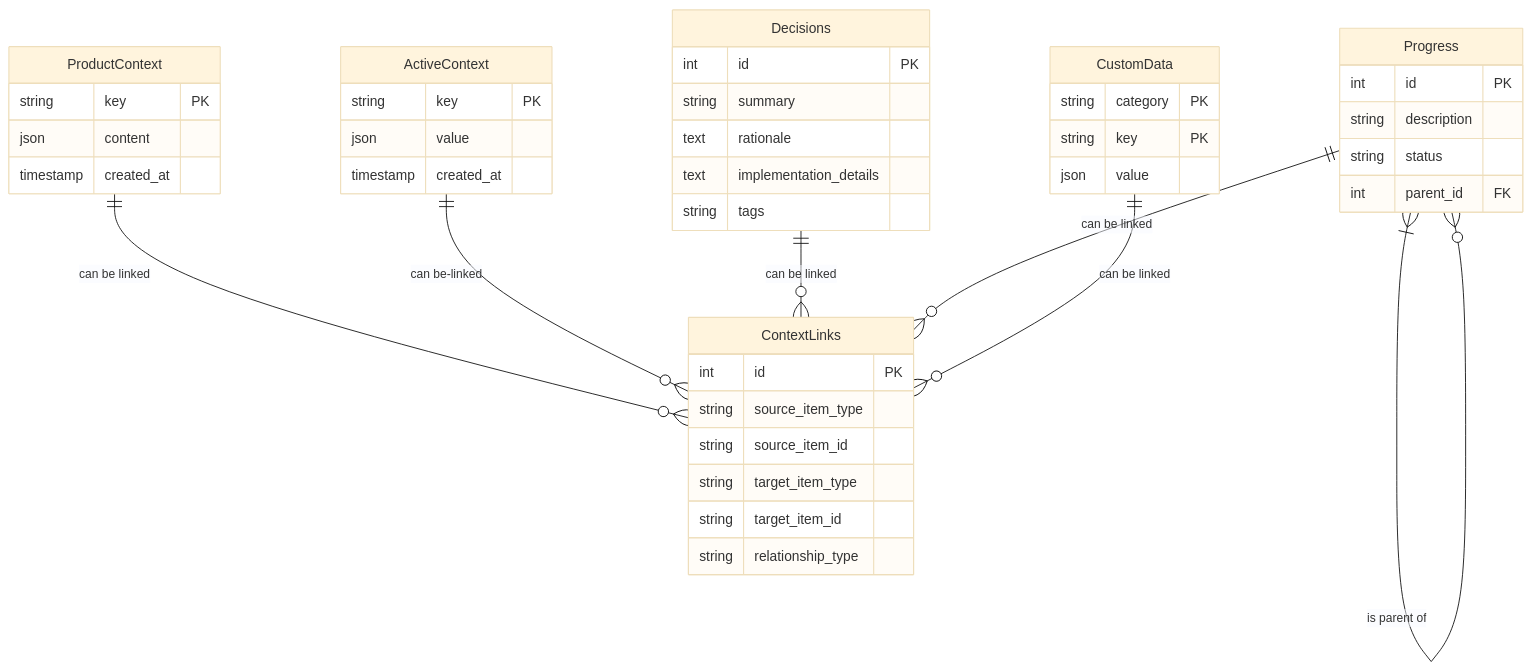
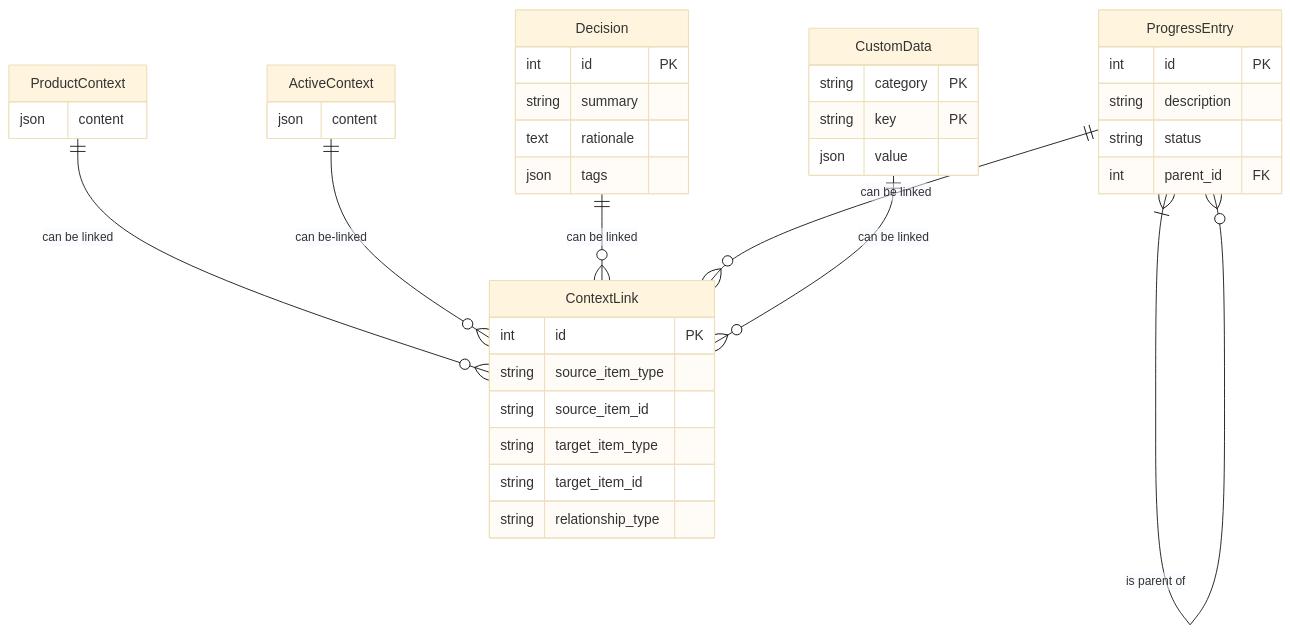
Before and after one commit to Siroopfles/NovaPort: the second of 7 diagrams in NOVA_SYSTEM_ARCHITECTURE.md, drawn with Mermaid (base theme). The commit also changed other lines of this file and 46 other files, not shown here.

````diff
--- a/NOVA_SYSTEM_ARCHITECTURE.md
+++ b/NOVA_SYSTEM_ARCHITECTURE.md
@@ -67,46 +67,41 @@
 ```mermaid
 erDiagram
     ProductContext {
-        string key PK
         json content
-        timestamp created_at
     }
     ActiveContext {
-        string key PK
-        json value
-        timestamp created_at
+        json content
     }
-    Decisions {
+    Decision {
         int id PK
         string summary
         text rationale
-        text implementation_details
-        string tags
+        json tags
     }
-    Progress {
+    ProgressEntry {
         int id PK
         string description
         string status
         int parent_id FK
     }
     CustomData {
         string category PK
         string key PK
         json value
     }
-    ContextLinks {
+    ContextLink {
         int id PK
         string source_item_type
         string source_item_id
         string target_item_type
         string target_item_id
         string relationship_type
     }
 
-    Progress }|--o{ Progress : "is parent of"
-    ProductContext ||--o{ ContextLinks : "can be linked"
-    ActiveContext ||--o{ ContextLinks : "can be-linked"
-    Decisions ||--o{ ContextLinks : "can be linked"
-    Progress ||--o{ ContextLinks : "can be linked"
-    CustomData ||--o{ ContextLinks : "can be linked"
+    ProgressEntry }|--o{ ProgressEntry : "is parent of"
+    ProductContext ||--o{ ContextLink : "can be linked"
+    ActiveContext ||--o{ ContextLink : "can be-linked"
+    Decision ||--o{ ContextLink : "can be linked"
+    ProgressEntry ||--o{ ContextLink : "can be linked"
+    CustomData ||--o{ ContextLink : "can be linked"
 ```
````
